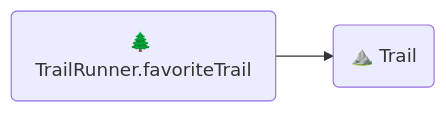
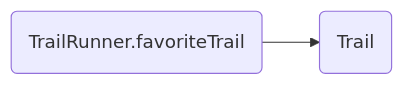
The diagram in guides/relationships.md (emberjs/data), drawn with Mermaid before and after one commit.

Commit message:
maybe no icons

````diff
--- a/guides/relationships.md
+++ b/guides/relationships.md
@@ -56,4 +56,4 @@
 ```mermaid
 graph LR;
-  A(🌲 TrailRunner.favoriteTrail) --> B(⛰️ Trail);
+  A(TrailRunner.favoriteTrail) --> B(Trail);
 ```
````
